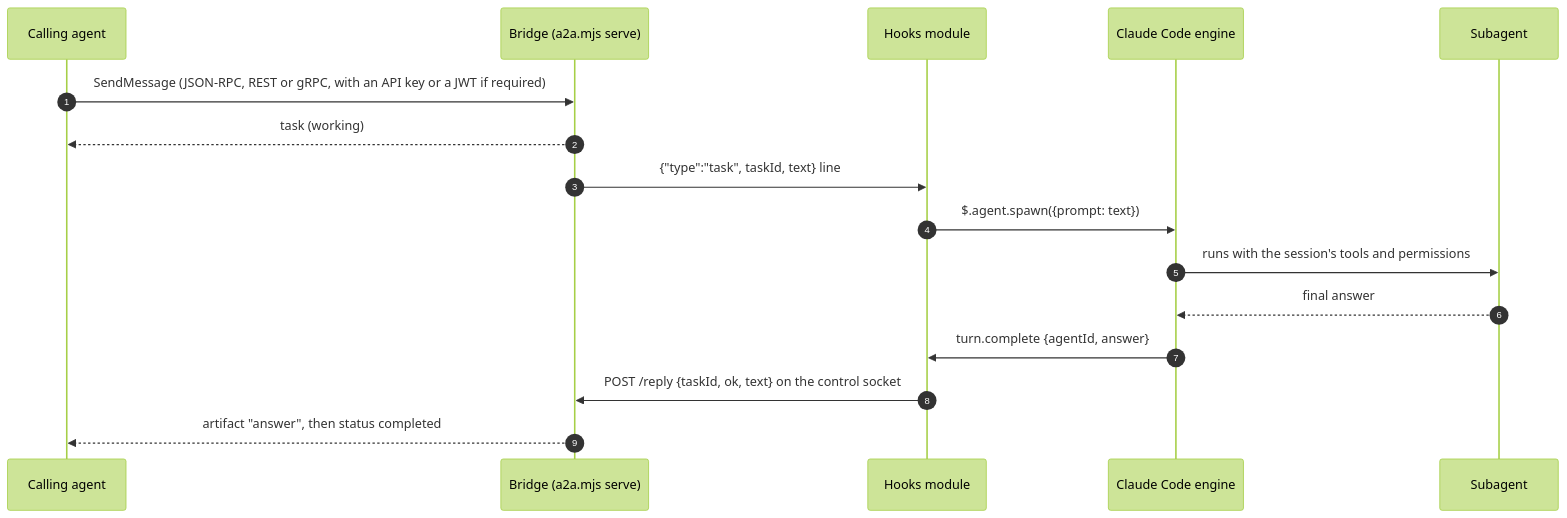
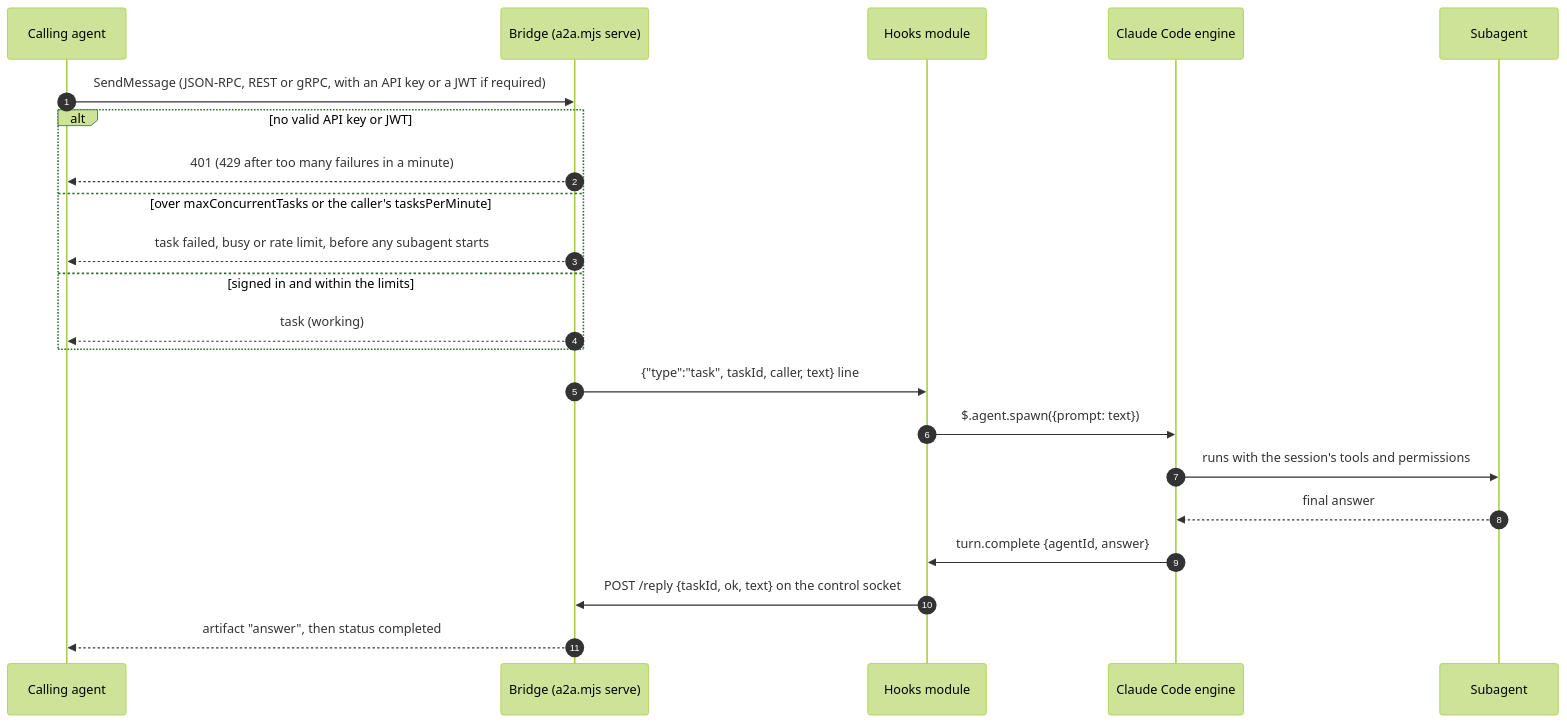
The fifth of 6 diagrams in docs/architecture.md (fulgas/claude-a2a), drawn with Mermaid (forest theme) before and after one commit. The commit also changed other lines of this file, not shown here.

First line of the commit message:
docs(architecture): authentication and limits in the diagrams, decisions, risks and glossary

````diff
--- a/docs/architecture.md
+++ b/docs/architecture.md
@@ -162,19 +183,25 @@
 ```mermaid
 sequenceDiagram
   autonumber
   participant C as Calling agent
   participant B as Bridge (a2a.mjs serve)
   participant P as Hooks module
   participant E as Claude Code engine
   participant S as Subagent
 
   C->>B: SendMessage (JSON-RPC, REST or gRPC, with an API key or a JWT if required)
-  B-->>C: task (working)
-  B->>P: {"type":"task", taskId, text} line
+  alt no valid API key or JWT
+    B-->>C: 401 (429 after too many failures in a minute)
+  else over maxConcurrentTasks or the caller's tasksPerMinute
+    B-->>C: task failed, busy or rate limit, before any subagent starts
+  else signed in and within the limits
+    B-->>C: task (working)
+  end
+  B->>P: {"type":"task", taskId, caller, text} line
   P->>E: $.agent.spawn({prompt: text})
   E->>S: runs with the session's tools and permissions
   S-->>E: final answer
   E->>P: turn.complete {agentId, answer}
   P->>B: POST /reply {taskId, ok, text} on the control socket
   B-->>C: artifact "answer", then status completed
 ```
````
